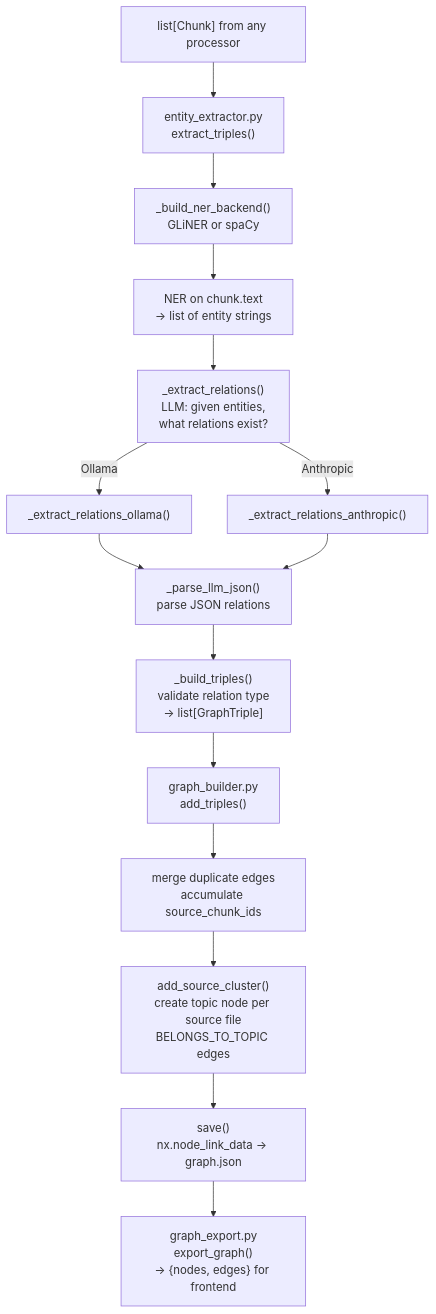
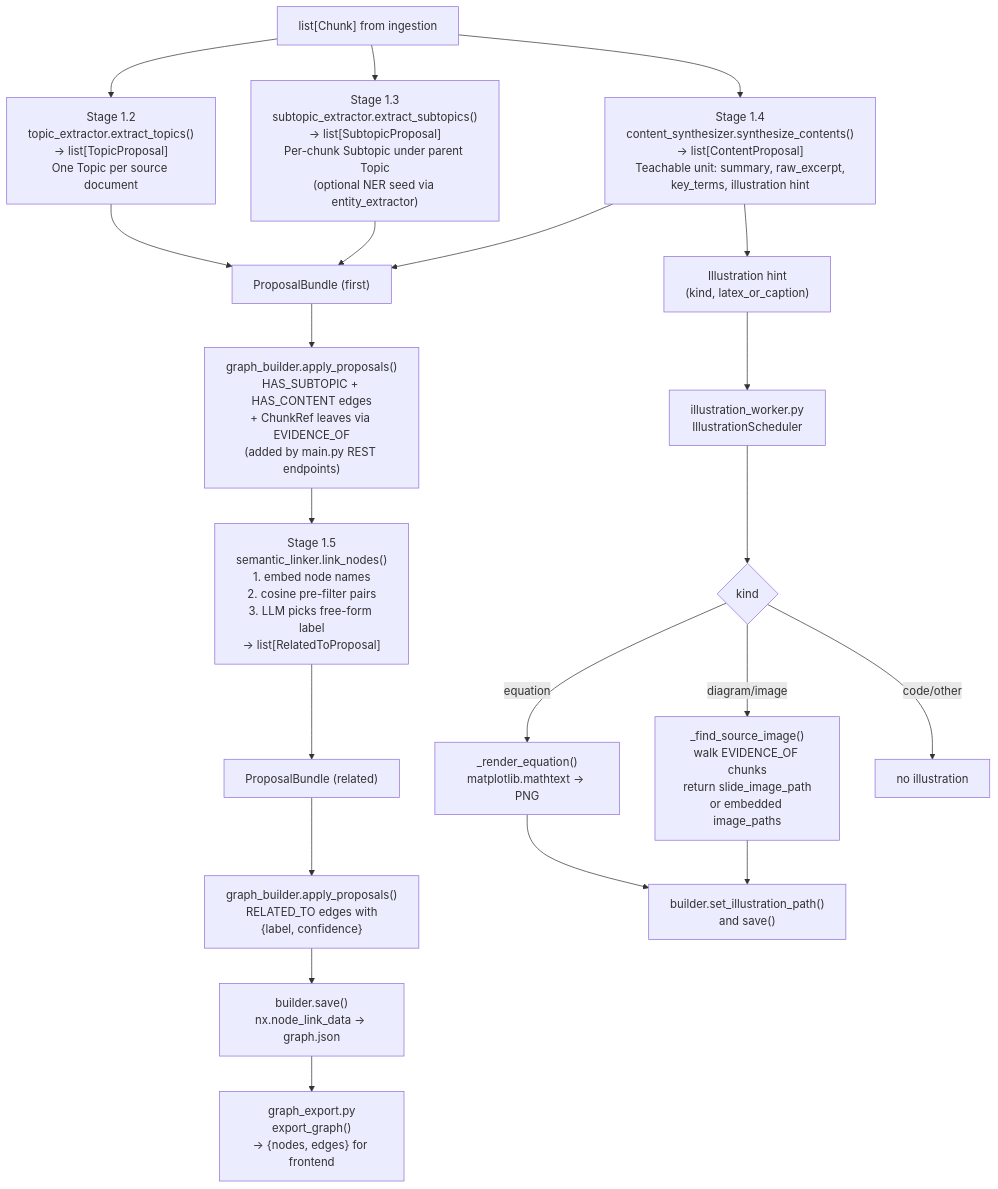
Diagram 11 of 12 in code_logic.md (karaberke/luminrag), drawn with Mermaid before and after one commit. The commit also changed other lines of this file and 32 other files, not shown here.

````diff
--- a/code_logic.md
+++ b/code_logic.md
@@ -283,22 +318,31 @@
 ```mermaid
 flowchart TD
-    A["list[Chunk] from any processor"] --> B["entity_extractor.py\nextract_triples()"]
+    A["list[Chunk] from ingestion"] --> B["Stage 1.2\ntopic_extractor.extract_topics()\n→ list[TopicProposal]\nOne Topic per source document"]
 
-    B --> C["_build_ner_backend()\nGLiNER or spaCy"]
-    C --> D["NER on chunk.text\n→ list of entity strings"]
+    A --> C["Stage 1.3\nsubtopic_extractor.extract_subtopics()\n→ list[SubtopicProposal]\nPer-chunk Subtopic under parent Topic\n(optional NER seed via entity_extractor)"]
 
-    D --> E["_extract_relations()\nLLM: given entities,\nwhat relations exist?"]
-    E -->|Ollama| F["_extract_relations_ollama()"]
-    E -->|Anthropic| G["_extract_relations_anthropic()"]
-    F --> H["_parse_llm_json()\nparse JSON relations"]
-    G --> H
+    A --> D["Stage 1.4\ncontent_synthesizer.synthesize_contents()\n→ list[ContentProposal]\nTeachable unit: summary, raw_excerpt,\nkey_terms, illustration hint"]
 
-    H --> I["_build_triples()\nvalidate relation type\n→ list[GraphTriple]"]
+    B --> E["ProposalBundle (first)"]
+    C --> E
+    D --> E
 
-    I --> J["graph_builder.py\nadd_triples()"]
-    J --> K["merge duplicate edges\naccumulate source_chunk_ids"]
-    K --> L["add_source_cluster()\ncreate topic node per source file\nBELONGS_TO_TOPIC edges"]
+    E --> F["graph_builder.apply_proposals()\nHAS_SUBTOPIC + HAS_CONTENT edges\n+ ChunkRef leaves via EVIDENCE_OF\n(added by main.py REST endpoints)"]
 
-    L --> M["save()\nnx.node_link_data → graph.json"]
-    M --> N["graph_export.py\nexport_graph()\n→ {nodes, edges} for frontend"]
+    F --> G["Stage 1.5\nsemantic_linker.link_nodes()\n1. embed node names\n2. cosine pre-filter pairs\n3. LLM picks free-form label\n→ list[RelatedToProposal]"]
+
+    G --> H["ProposalBundle (related)"]
+    H --> I["graph_builder.apply_proposals()\nRELATED_TO edges with\n{label, confidence}"]
+
+    I --> J["builder.save()\nnx.node_link_data → graph.json"]
+    J --> K["graph_export.py\nexport_graph()\n→ {nodes, edges} for frontend"]
+
+    D --> L["Illustration hint\n(kind, latex_or_caption)"]
+    L --> M["illustration_worker.py\nIllustrationScheduler"]
+    M --> N{kind}
+    N -->|equation| O["_render_equation()\nmatplotlib.mathtext → PNG"]
+    N -->|diagram/image| P["_find_source_image()\nwalk EVIDENCE_OF chunks\nreturn slide_image_path\nor embedded image_paths"]
+    N -->|code/other| Q["no illustration"]
+    O --> R["builder.set_illustration_path()\nand save()"]
+    P --> R
 ```
````
